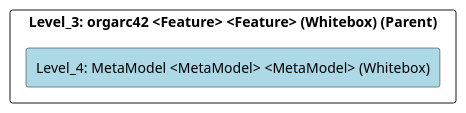
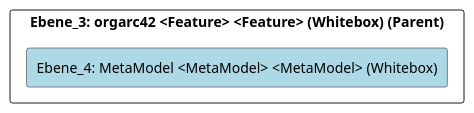
One commit to marcozwyssig/cleon changed the diagram in doc/cleonproject_deliverables_architecture_model_architecture/adoc/de/05_bausteinsicht/cleon/architecture_methods/orgarc42/metamodel/ebene_4_metamodel.adoc. Above: the diagram before and after it, drawn with PlantUML. The commit also changed other lines of this file and 214 other files, not shown here.

```diff
--- a/doc/cleonproject_deliverables_architecture_model_architecture/adoc/de/05_bausteinsicht/cleon/architecture_methods/orgarc42/metamodel/ebene_4_metamodel.adoc
+++ b/doc/cleonproject_deliverables_architecture_model_architecture/adoc/de/05_bausteinsicht/cleon/architecture_methods/orgarc42/metamodel/ebene_4_metamodel.adoc
@@ -21,24 +21,24 @@
-[plantuml, Level_4: MetaModel <MetaModel> <MetaModel> (Whitebox)BlockOverview, format="svg"]
+[plantuml, Ebene_4: MetaModel <MetaModel> <MetaModel> (Whitebox)BlockOverview, format="svg"]
 ----
-@startuml Level_4: MetaModel <MetaModel> <MetaModel> (Whitebox)BuildingBlockOverview
+@startuml Ebene_4: MetaModel <MetaModel> <MetaModel> (Whitebox)BuildingBlockOverview
 
 skinparam ranksep 10
 skinparam componentStyle rectangle
 skinparam shadowing false
 skinparam arrowColor lightblue
 skinparam arrowThickness 1.2
 skinparam rectangle {
   BackgroundColor White
   BorderColor #333
   RoundCorner 10
 }
 top to bottom direction
 
-component "Level_3: orgarc42 <Feature> <Feature> (Whitebox) (Parent)" {
-    component "Level_4: MetaModel <MetaModel> <MetaModel> (Whitebox)" #lightblue {
+component "Ebene_3: orgarc42 <Feature> <Feature> (Whitebox) (Parent)" {
+    component "Ebene_4: MetaModel <MetaModel> <MetaModel> (Whitebox)" #lightblue {
     }
 
 }
 
 @enduml
 ----
```
